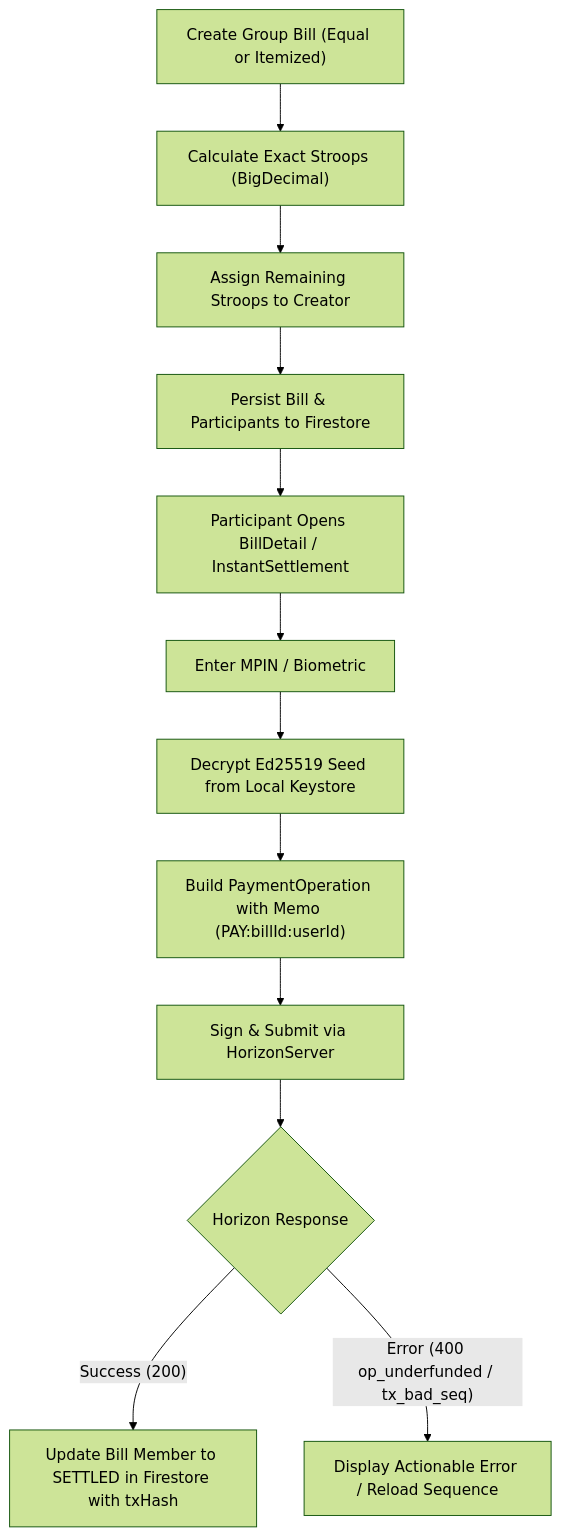
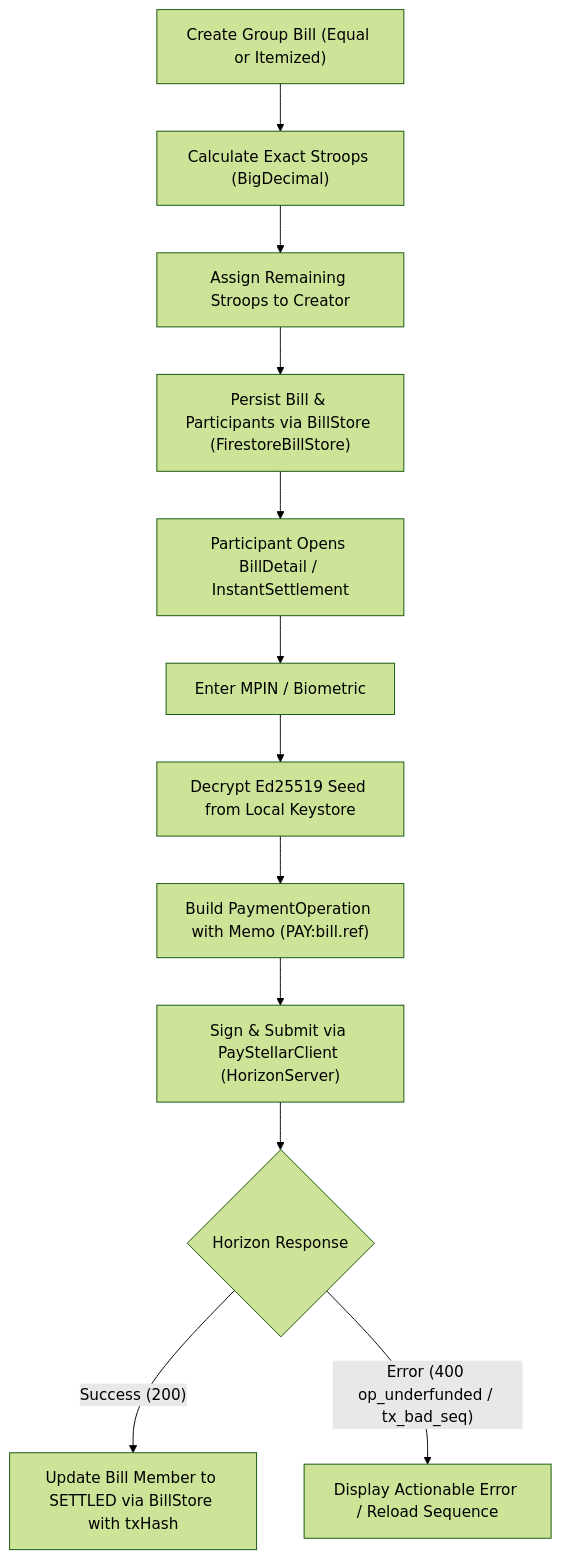
One commit to VIP1019/Pundar-stellar changed the diagram in docs/PUNDAR_PAY_DISCOVERY.md. Above: the diagram before and after it, drawn with Mermaid (forest theme). The commit also changed other lines of this file and 11 other files, not shown here.

Commit message:
Complete Initial Phase ni  Stellar Pay integration with updated payment flow

````diff
--- a/docs/PUNDAR_PAY_DISCOVERY.md
+++ b/docs/PUNDAR_PAY_DISCOVERY.md
@@ -158,14 +156,14 @@
 ```mermaid
 flowchart TD
     A["Create Group Bill (Equal or Itemized)"] --> B["Calculate Exact Stroops (BigDecimal)"]
     B --> C["Assign Remaining Stroops to Creator"]
-    C --> D["Persist Bill & Participants to Firestore"]
+    C --> D["Persist Bill & Participants via BillStore (FirestoreBillStore)"]
     D --> E["Participant Opens BillDetail / InstantSettlement"]
     E --> F["Enter MPIN / Biometric"]
     F --> G["Decrypt Ed25519 Seed from Local Keystore"]
-    G --> H["Build PaymentOperation with Memo (PAY:billId:userId)"]
-    H --> I["Sign & Submit via HorizonServer"]
+    G --> H["Build PaymentOperation with Memo (PAY:bill.ref)"]
+    H --> I["Sign & Submit via PayStellarClient (HorizonServer)"]
     I --> J{"Horizon Response"}
-    J -- "Success (200)" --> K["Update Bill Member to SETTLED in Firestore with txHash"]
+    J -- "Success (200)" --> K["Update Bill Member to SETTLED via BillStore with txHash"]
     J -- "Error (400 op_underfunded / tx_bad_seq)" --> L["Display Actionable Error / Reload Sequence"]
 ```
````
